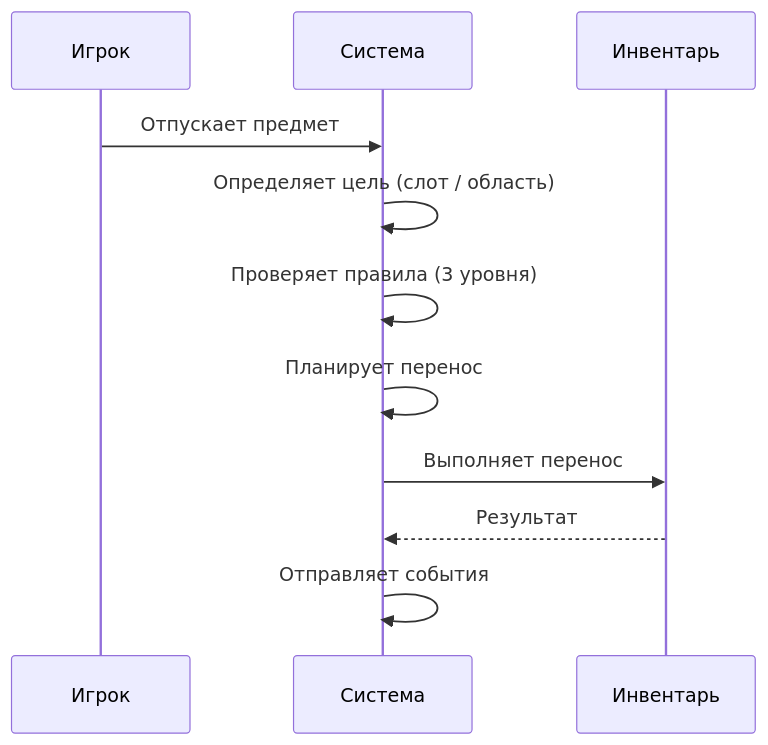
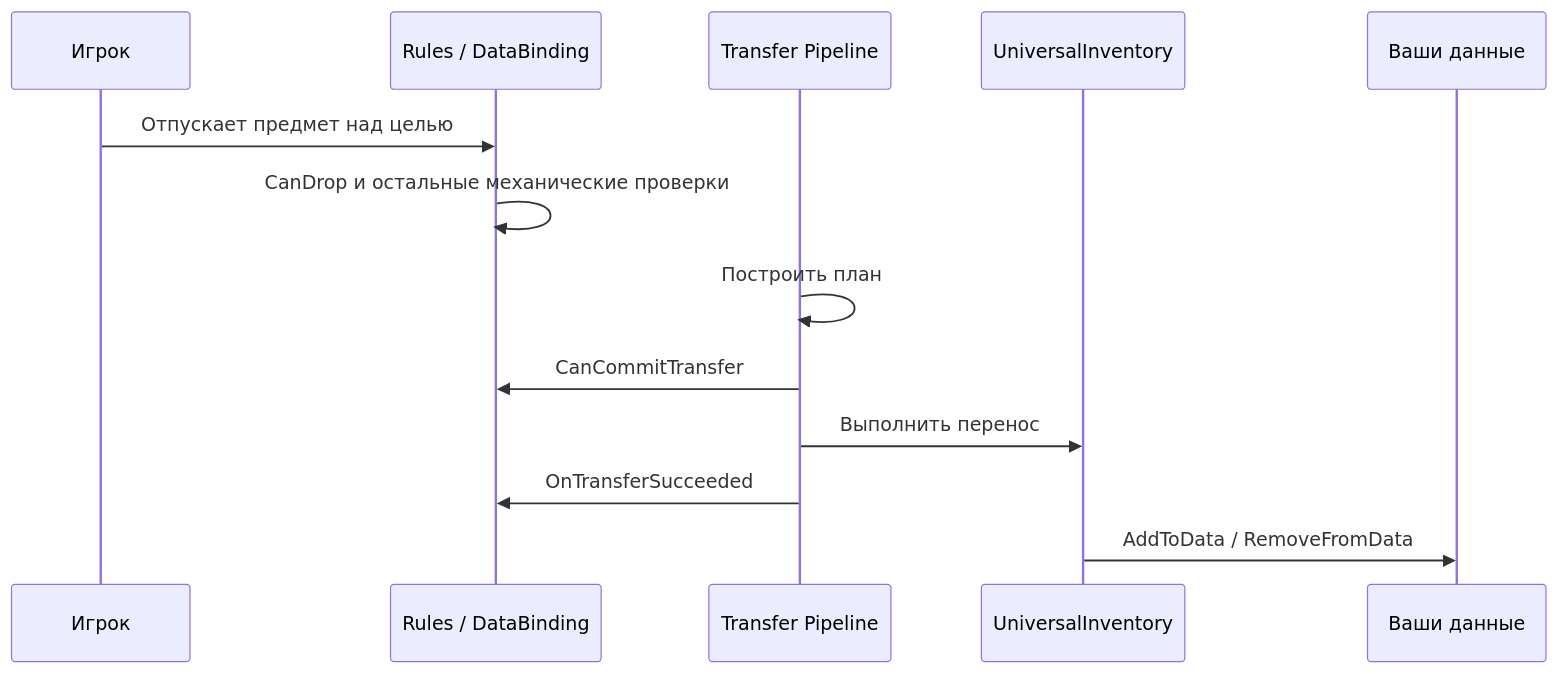
One commit to SergeevSergey99/DragAndDropSystem-Docs changed the second of 5 diagrams in .docs/content/architecture/transfer-pipeline.md. Above: the diagram before and after it, drawn with Mermaid. The commit also changed other lines of this file and 16 other files, not shown here.

````diff
--- a/.docs/content/architecture/transfer-pipeline.md
+++ b/.docs/content/architecture/transfer-pipeline.md
@@ -16,14 +23,16 @@
 ```mermaid
 sequenceDiagram
-    participant Игрок
-    participant Система
-    participant Инвентарь
+    participant User as Игрок
+    participant Rules as Rules / DataBinding
+    participant Pipeline as Transfer Pipeline
+    participant UI as UniversalInventory
+    participant Data as Ваши данные
 
-    Игрок->>Система: Отпускает предмет
-    Система->>Система: Определяет цель (слот / область)
-    Система->>Система: Проверяет правила (3 уровня)
-    Система->>Система: Планирует перенос
-    Система->>Инвентарь: Выполняет перенос
-    Инвентарь-->>Система: Результат
-    Система->>Система: Отправляет события
+    User->>Rules: Отпускает предмет над целью
+    Rules->>Rules: CanDrop и остальные механические проверки
+    Pipeline->>Pipeline: Построить план
+    Pipeline->>Rules: CanCommitTransfer
+    Pipeline->>UI: Выполнить перенос
+    Pipeline->>Rules: OnTransferSucceeded
+    UI->>Data: AddToData / RemoveFromData
 ```
````
